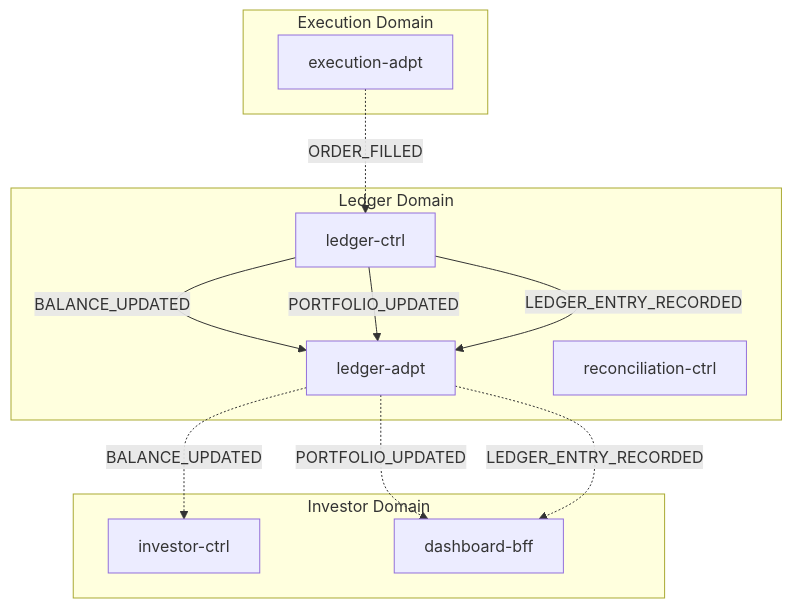
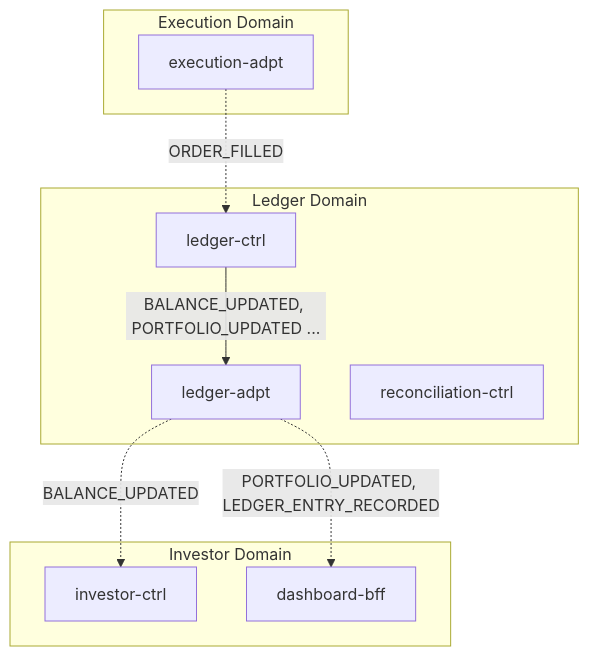
Before and after one commit to fabio-vitali/nestfolio: the first of 2 diagrams in docs/data-flows/order-ledger.md, drawn with Mermaid. The commit also changed 7 other files, not shown here.

Commit message:
fix: data-flows human readable md generation fixes

````diff
--- a/docs/data-flows/order-ledger.md
+++ b/docs/data-flows/order-ledger.md
@@ -11,22 +11,19 @@
 ```mermaid
 flowchart TD
     subgraph execution["Execution Domain"]
         execution_adpt["execution-adpt"]
     end
     subgraph ledger["Ledger Domain"]
         ledger_ctrl["ledger-ctrl"]
         ledger_adpt["ledger-adpt"]
         reconciliation_ctrl["reconciliation-ctrl"]
     end
     subgraph investor["Investor Domain"]
         investor_ctrl["investor-ctrl"]
         dashboard_bff["dashboard-bff"]
     end
     execution_adpt -.->|"ORDER_FILLED"| ledger_ctrl
-    ledger_ctrl -->|"BALANCE_UPDATED"| ledger_adpt
-    ledger_ctrl -->|"PORTFOLIO_UPDATED"| ledger_adpt
-    ledger_ctrl -->|"LEDGER_ENTRY_RECORDED"| ledger_adpt
+    ledger_ctrl -->|"BALANCE_UPDATED, PORTFOLIO_UPDATED ..."| ledger_adpt
     ledger_adpt -.->|"BALANCE_UPDATED"| investor_ctrl
-    ledger_adpt -.->|"PORTFOLIO_UPDATED"| dashboard_bff
-    ledger_adpt -.->|"LEDGER_ENTRY_RECORDED"| dashboard_bff
+    ledger_adpt -.->|"PORTFOLIO_UPDATED, LEDGER_ENTRY_RECORDED"| dashboard_bff
 ```
````
